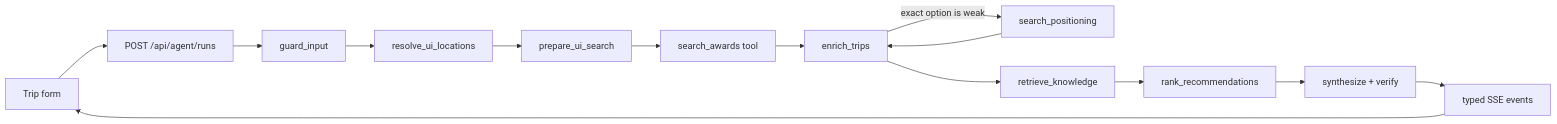
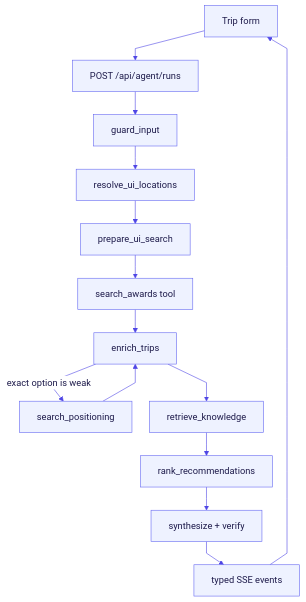
The diagram in README.md (david-vest/award-travel-agent), drawn with Mermaid before and after one commit. The commit also changed 26 other files, not shown here.

Commit message:
refactor: improve graph state reliability by adding degradation tracking, implementing clock overrides for deterministic evaluation, and introducing API rate limiting with enhanced health monitoring.

````diff
--- a/README.md
+++ b/README.md
@@ -44,16 +44,33 @@
 ```mermaid
-flowchart LR
+%%{init: {
+  'theme': 'base',
+  'themeVariables': {
+    'primaryColor': '#eef2ff',
+    'primaryTextColor': '#1e1b4b',
+    'primaryBorderColor': '#6366f1',
+    'lineColor': '#4f46e5',
+    'textColor': '#1e1b4b',
+    'edgeLabelBackground': '#ffffff',
+    'fontSize': '16px'
+  },
+  'flowchart': {
+    'nodeSpacing': 30,
+    'rankSpacing': 40,
+    'curve': 'linear'
+  }
+}}%%
+flowchart TD
   UI["Trip form"] --> API["POST /api/agent/runs"]
   API --> Guard["guard_input"]
   Guard --> Resolve["resolve_ui_locations"]
   Resolve --> Form["prepare_ui_search"]
   Form --> Search["search_awards tool"]
   Search --> Enrich["enrich_trips"]
   Enrich -->|"exact option is weak"| Position["search_positioning"]
   Position --> Enrich
   Enrich --> RAG["retrieve_knowledge"]
   RAG --> Rank["rank_recommendations"]
   Rank --> Synthesize["synthesize + verify"]
   Synthesize --> SSE["typed SSE events"]
   SSE --> UI
 ```
````
